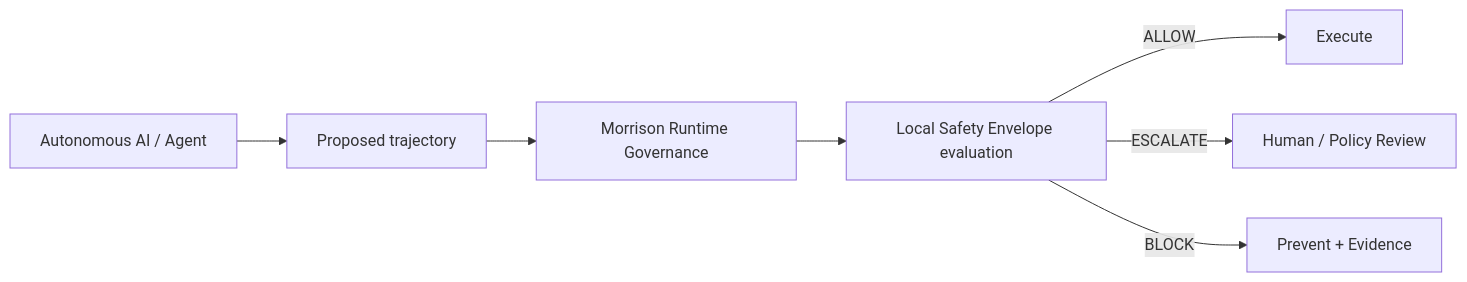
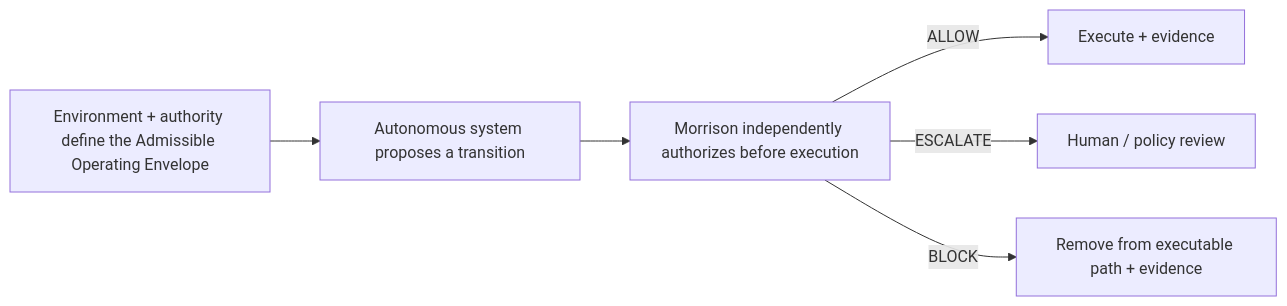
One commit to davarntrades/Morrison-Runtime-Governance changed the first of 2 diagrams in README.md. Above: the diagram before and after it, drawn with Mermaid. The commit also changed other lines of this file and 12 other files, not shown here.

Commit message:
Migrate terminology to admissible operating envelope

````diff
--- a/README.md
+++ b/README.md
@@ -167,9 +177,9 @@
 ```mermaid
 flowchart LR
-    A[Autonomous AI / Agent] --> T[Proposed trajectory]
-    T --> M[Morrison Runtime Governance]
-    M --> E[Local Safety Envelope evaluation]
-    E -->|ALLOW| X[Execute]
-    E -->|ESCALATE| H[Human / Policy Review]
-    E -->|BLOCK| B[Prevent + Evidence]
+    E[Environment + authority define the Admissible Operating Envelope]
+    E --> A[Autonomous system proposes a transition]
+    A --> M[Morrison independently authorizes before execution]
+    M -->|ALLOW| X[Execute + evidence]
+    M -->|ESCALATE| H[Human / policy review]
+    M -->|BLOCK| B[Remove from executable path + evidence]
 ```
````
